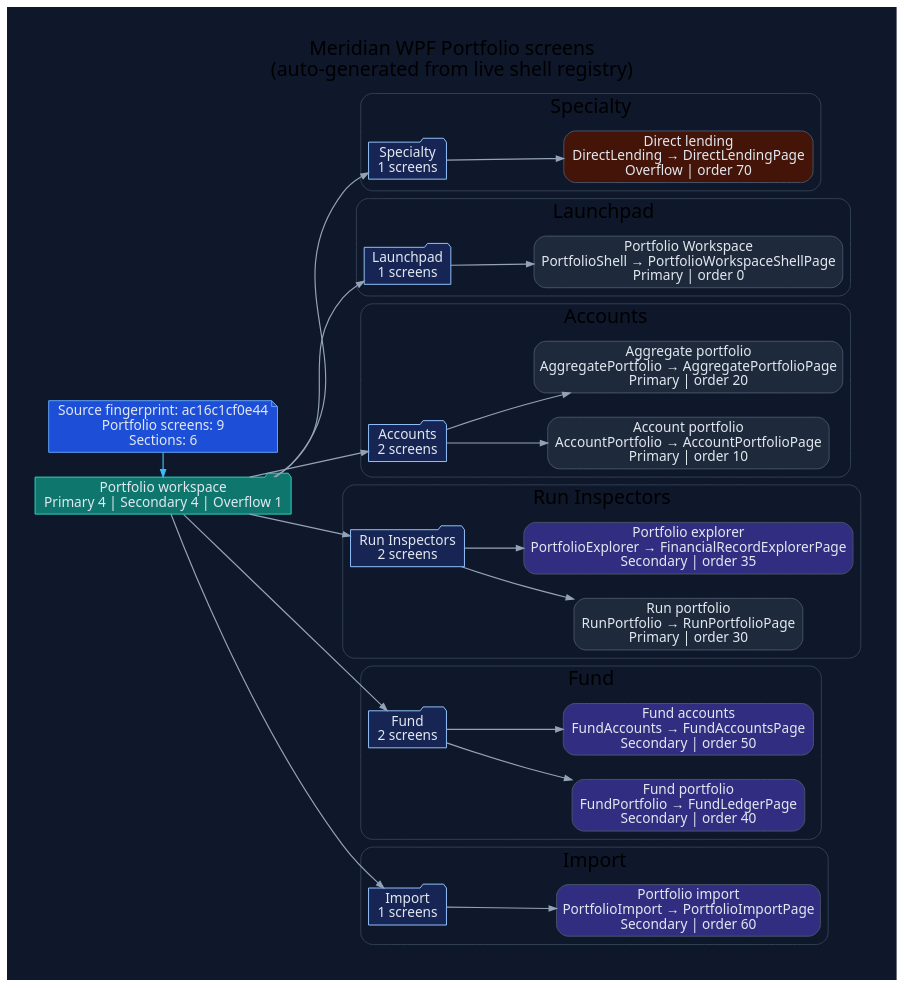
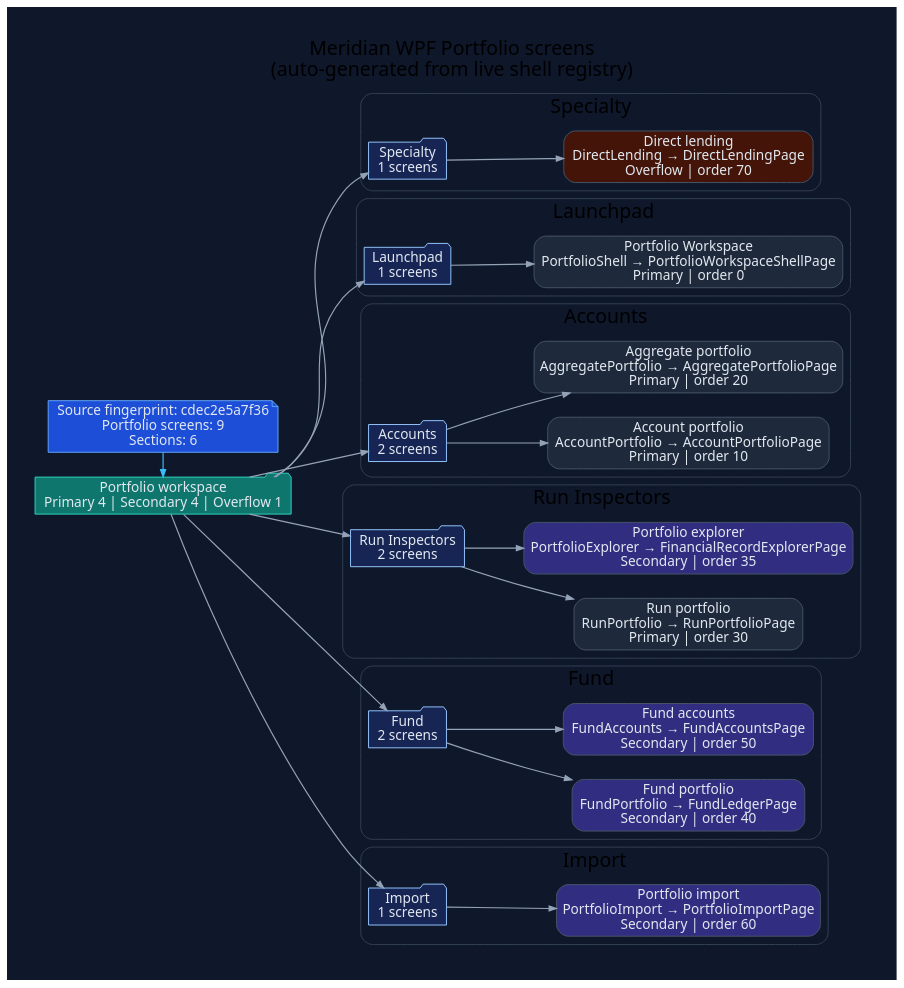
One commit to rodoHasArrived/Meridian-main changed the diagram in docs/diagrams/ui/ui-wpf-screens-portfolio.dot. Above: the diagram before and after it, drawn with Graphviz. The commit also changed 50 other files, not shown here.

Commit message:
Refresh generated architecture docs and fix canonical WPF test contract

```diff
--- a/docs/diagrams/ui/ui-wpf-screens-portfolio.dot
+++ b/docs/diagrams/ui/ui-wpf-screens-portfolio.dot
@@ -1,92 +1,92 @@
 // -----------------------------------------------------------------------------
 // <auto-generated>
 // Generated by scripts/generate-diagrams.mjs.
 // Do not edit this file directly; update the WPF source files instead.
 // -----------------------------------------------------------------------------
 digraph WpfPortfolioScreens {
   graph [
     rankdir=LR,
     labelloc=t,
     label="Meridian WPF Portfolio screens\n(auto-generated from live shell registry)",
     fontname="Segoe UI",
     fontsize=20,
     pad=0.4,
     nodesep=0.35,
     ranksep=0.85,
     bgcolor="#0f172a"
   ];
   node [fontname="Segoe UI", shape=box, style="rounded,filled", color="#475569", fontcolor="#e2e8f0", fillcolor="#1e293b"];
   edge [fontname="Segoe UI", color="#94a3b8", penwidth=1.2, arrowsize=0.75];
 
-  generated [shape=note, fillcolor="#1d4ed8", color="#60a5fa", label="Source fingerprint: ac16c1cf0e44\nPortfolio screens: 9\nSections: 6"];
+  generated [shape=note, fillcolor="#1d4ed8", color="#60a5fa", label="Source fingerprint: cdec2e5a7f36\nPortfolio screens: 9\nSections: 6"];
   workspace [shape=folder, fillcolor="#0f766e", color="#2dd4bf", label="Portfolio workspace\nPrimary 4 | Secondary 4 | Overflow 1"];
   generated -> workspace [color="#38bdf8"];
 
   subgraph cluster_section_1 {
     label="Specialty";
     color="#334155";
     style="rounded";
     section_1 [shape=folder, fillcolor="#172554", color="#93c5fd", label="Specialty\n1 screens"];
     workspace -> section_1;
     screen_DirectLending [fillcolor="#431407", label="Direct lending\nDirectLending → DirectLendingPage\nOverflow | order 70"];
     section_1 -> screen_DirectLending;
   }
 
   subgraph cluster_section_2 {
     label="Launchpad";
     color="#334155";
     style="rounded";
     section_2 [shape=folder, fillcolor="#172554", color="#93c5fd", label="Launchpad\n1 screens"];
     workspace -> section_2;
     screen_PortfolioShell [fillcolor="#1e293b", label="Portfolio Workspace\nPortfolioShell → PortfolioWorkspaceShellPage\nPrimary | order 0"];
     section_2 -> screen_PortfolioShell;
   }
 
   subgraph cluster_section_3 {
     label="Accounts";
     color="#334155";
     style="rounded";
     section_3 [shape=folder, fillcolor="#172554", color="#93c5fd", label="Accounts\n2 screens"];
     workspace -> section_3;
     screen_AccountPortfolio [fillcolor="#1e293b", label="Account portfolio\nAccountPortfolio → AccountPortfolioPage\nPrimary | order 10"];
     section_3 -> screen_AccountPortfolio;
     screen_AggregatePortfolio [fillcolor="#1e293b", label="Aggregate portfolio\nAggregatePortfolio → AggregatePortfolioPage\nPrimary | order 20"];
     section_3 -> screen_AggregatePortfolio;
   }
 
   subgraph cluster_section_4 {
     label="Run Inspectors";
     color="#334155";
     style="rounded";
     section_4 [shape=folder, fillcolor="#172554", color="#93c5fd", label="Run Inspectors\n2 screens"];
     workspace -> section_4;
     screen_RunPortfolio [fillcolor="#1e293b", label="Run portfolio\nRunPortfolio → RunPortfolioPage\nPrimary | order 30"];
     section_4 -> screen_RunPortfolio;
     screen_PortfolioExplorer [fillcolor="#312e81", label="Portfolio explorer\nPortfolioExplorer → FinancialRecordExplorerPage\nSecondary | order 35"];
     section_4 -> screen_PortfolioExplorer;
   }
 
   subgraph cluster_section_5 {
     label="Fund";
     color="#334155";
     style="rounded";
     section_5 [shape=folder, fillcolor="#172554", color="#93c5fd", label="Fund\n2 screens"];
     workspace -> section_5;
     screen_FundPortfolio [fillcolor="#312e81", label="Fund portfolio\nFundPortfolio → FundLedgerPage\nSecondary | order 40"];
     section_5 -> screen_FundPortfolio;
     screen_FundAccounts [fillcolor="#312e81", label="Fund accounts\nFundAccounts → FundAccountsPage\nSecondary | order 50"];
     section_5 -> screen_FundAccounts;
   }
 
   subgraph cluster_section_6 {
     label="Import";
     color="#334155";
     style="rounded";
     section_6 [shape=folder, fillcolor="#172554", color="#93c5fd", label="Import\n1 screens"];
     workspace -> section_6;
     screen_PortfolioImport [fillcolor="#312e81", label="Portfolio import\nPortfolioImport → PortfolioImportPage\nSecondary | order 60"];
     section_6 -> screen_PortfolioImport;
   }
 
   { rank=min; generated; workspace; }
 }
```
